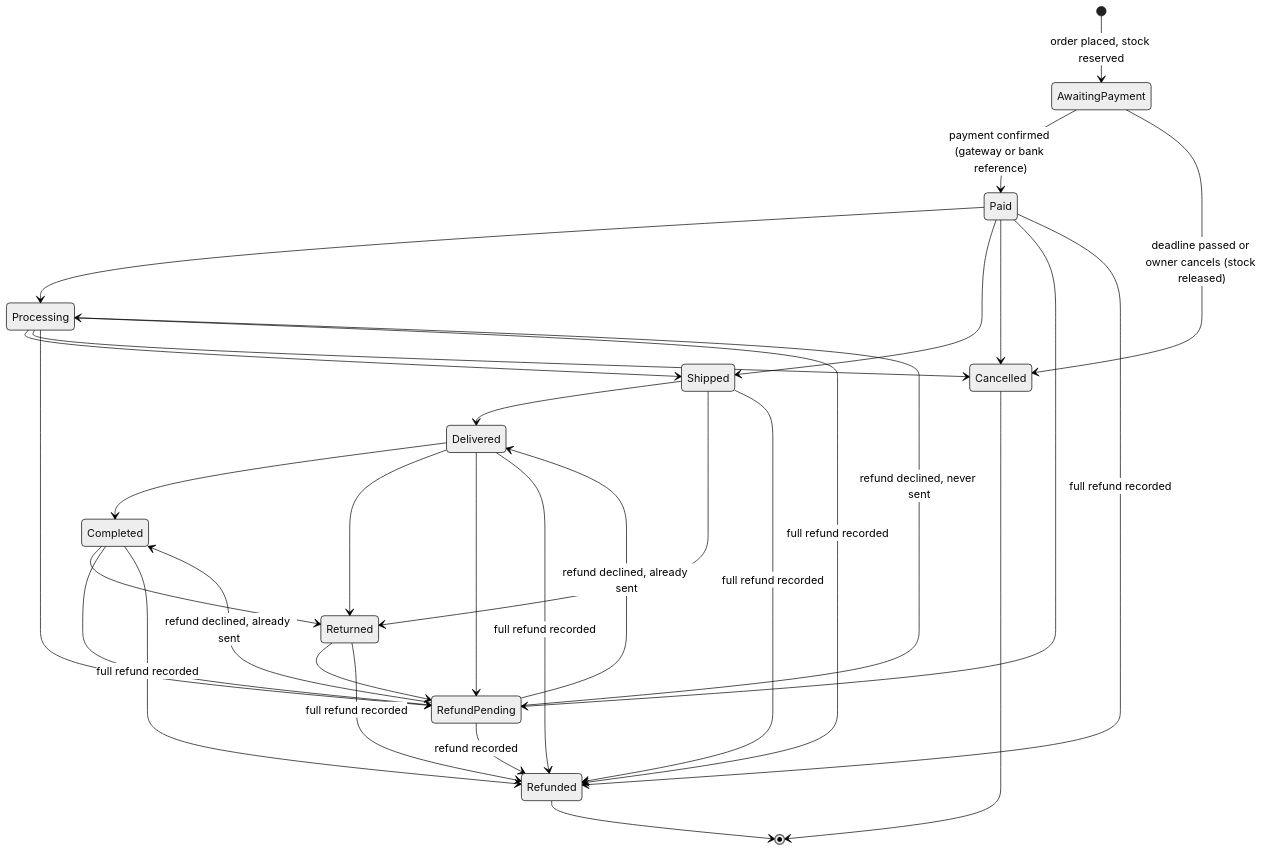
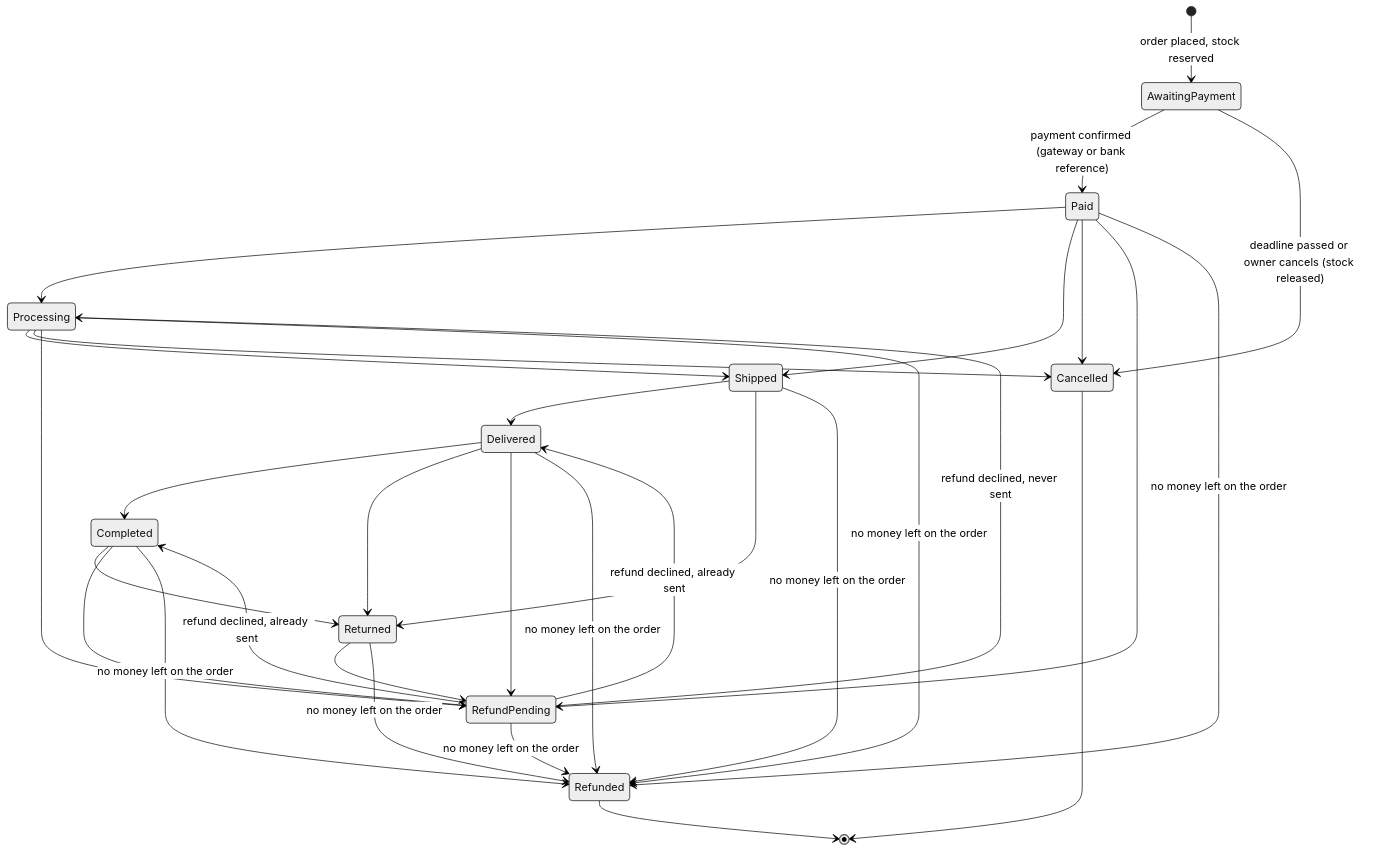
Before and after one commit to Simonkhariz/eCommerce: the second of 3 diagrams in docs/HOW_THE_SHOP_WORKS.md, drawn with Mermaid (neutral theme). The commit also changed other lines of this file and 2 other files, not shown here.

````diff
--- a/docs/HOW_THE_SHOP_WORKS.md
+++ b/docs/HOW_THE_SHOP_WORKS.md
@@ -538,33 +641,33 @@
 ```mermaid
 stateDiagram-v2
     [*] --> AwaitingPayment: order placed, stock reserved
     AwaitingPayment --> Paid: payment confirmed (gateway or bank reference)
     AwaitingPayment --> Cancelled: deadline passed or owner cancels (stock released)
     Paid --> Processing
     Paid --> Shipped
     Processing --> Shipped
     Paid --> Cancelled
     Processing --> Cancelled
     Paid --> RefundPending
     Processing --> RefundPending
     Shipped --> Delivered
     Shipped --> Returned
     Delivered --> Completed
     Delivered --> Returned
     Delivered --> RefundPending
     Completed --> Returned
     Completed --> RefundPending
     Returned --> RefundPending
     RefundPending --> Processing: refund declined, never sent
     RefundPending --> Delivered: refund declined, already sent
     RefundPending --> Completed: refund declined, already sent
-    RefundPending --> Refunded: refund recorded
-    Paid --> Refunded: full refund recorded
-    Processing --> Refunded: full refund recorded
-    Shipped --> Refunded: full refund recorded
-    Delivered --> Refunded: full refund recorded
-    Completed --> Refunded: full refund recorded
-    Returned --> Refunded: full refund recorded
+    RefundPending --> Refunded: no money left on the order
+    Paid --> Refunded: no money left on the order
+    Processing --> Refunded: no money left on the order
+    Shipped --> Refunded: no money left on the order
+    Delivered --> Refunded: no money left on the order
+    Completed --> Refunded: no money left on the order
+    Returned --> Refunded: no money left on the order
     Cancelled --> [*]
     Refunded --> [*]
 ```
````
